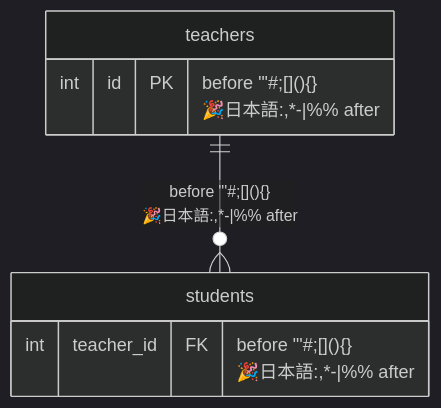
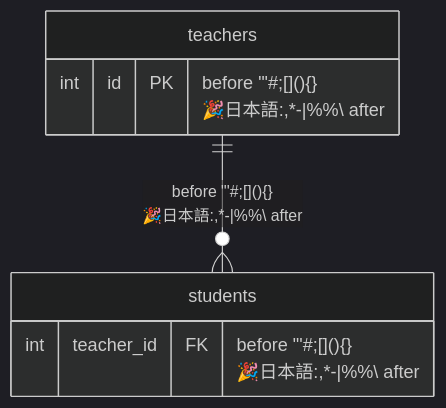
Before and after one commit to nao1215/markdown: the diagram in doc/edgecase/er.md, drawn with Mermaid (dark theme). The commit also changed 18 other files, not shown here.

First line of the commit message:
test(edgecase): put every character through every diagram type (#172)

````diff
--- a/doc/edgecase/er.md
+++ b/doc/edgecase/er.md
@@ -5,11 +5,11 @@
 ```mermaid
 erDiagram
-    teachers ||--o{ students : "before #quot;'#;[](){}<br/>🎉日本語:,*-|%% after"
+    teachers ||--o{ students : "before #quot;'#;[](){}<br/>🎉日本語:,*-|%%\ after"
     students {
-        int teacher_id FK "before #quot;'#;[](){}<br/>🎉日本語:,*-|%% after"
+        int teacher_id FK "before #quot;'#;[](){}<br/>🎉日本語:,*-|%%\ after"
     }
     teachers {
-        int id PK "before #quot;'#;[](){}<br/>🎉日本語:,*-|%% after"
+        int id PK "before #quot;'#;[](){}<br/>🎉日本語:,*-|%%\ after"
     }
 
 ```
````
